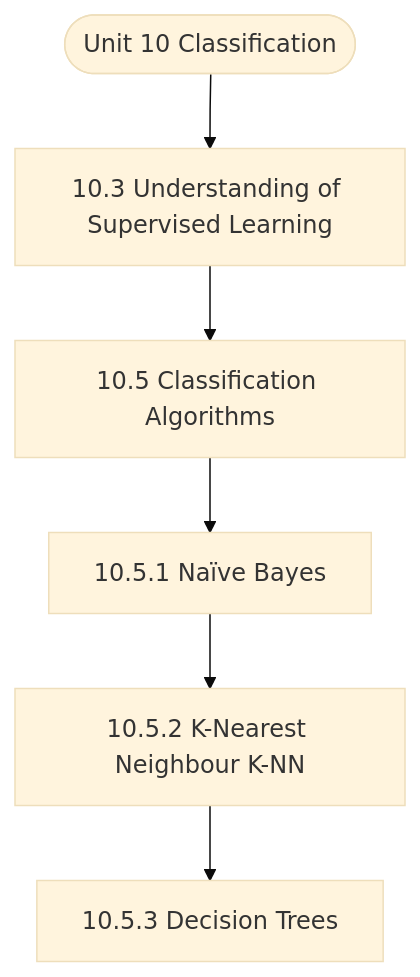
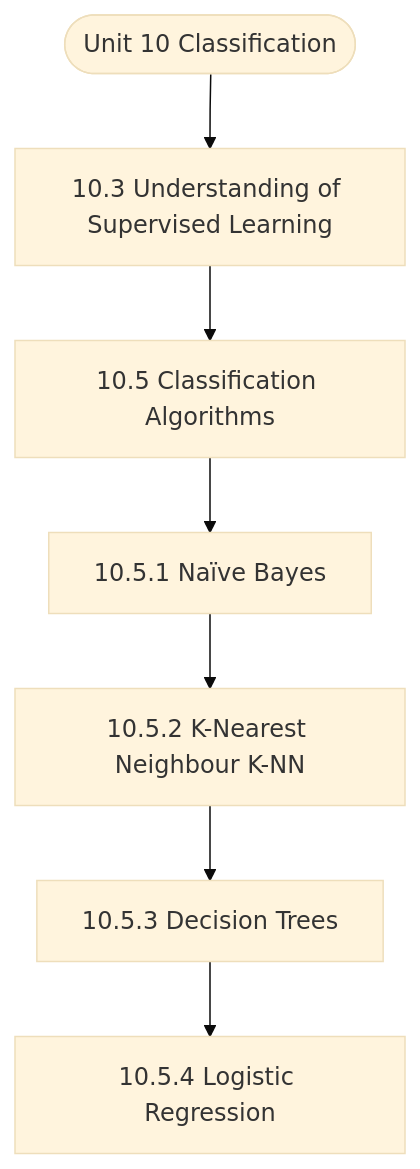
One commit to Asutosh-Coaching/mscdsa changed the diagram in notes/Semester_2/MCS-224_Artificial_Intelligence_&_Machine_Learning/unit_10_Classification.md. Above: the diagram before and after it, drawn with Mermaid (base theme). The commit also changed other lines of this file and 116 other files, not shown here.

````diff
--- a/notes/Semester_2/MCS-224_Artificial_Intelligence_&_Machine_Learning/unit_10_Classification.md
+++ b/notes/Semester_2/MCS-224_Artificial_Intelligence_&_Machine_Learning/unit_10_Classification.md
@@ -19,14 +19,16 @@
 ```mermaid
 flowchart TD
   Start(["Unit 10 Classification"])
   N1["10.3 Understanding of Supervised Learning"]
   N2["10.5 Classification Algorithms"]
   N3["10.5.1 Naïve Bayes"]
   N4["10.5.2 K-Nearest Neighbour K-NN"]
   N5["10.5.3 Decision Trees"]
+  N6["10.5.4 Logistic Regression"]
   Start --> N1
   N1 --> N2
   N2 --> N3
   N3 --> N4
   N4 --> N5
+  N5 --> N6
 ```
````
